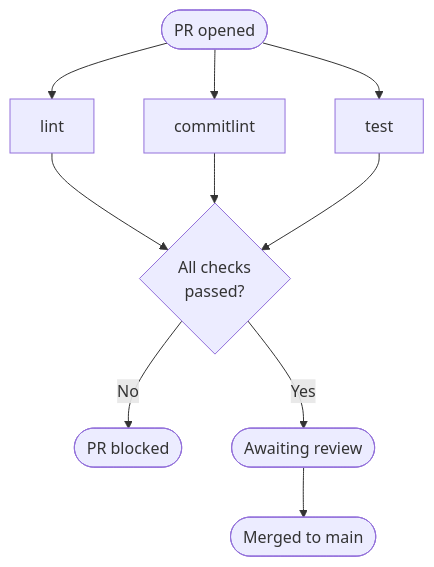
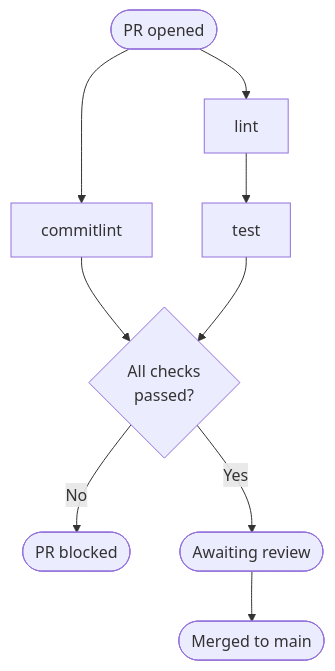
Before and after one commit to vsindevops/30-days-devops: the sixth of 6 diagrams in _posts/2026-05-14-day-01-git-branching-strategies.md, drawn with Mermaid. The commit also changed other lines of this file and 1 other file, not shown here.

````diff
--- a/_posts/2026-05-14-day-01-git-branching-strategies.md
+++ b/_posts/2026-05-14-day-01-git-branching-strategies.md
@@ -623,12 +674,11 @@
 ```mermaid
 flowchart TD
     A([PR opened]) --> B[lint]
     A --> C[commitlint]
-    A --> D[test]
-    B --> E{All checks\npassed?}
-    C --> E
+    B --> D[test]
+    C --> E{All checks\npassed?}
     D --> E
     E -->|No| F([PR blocked])
     E -->|Yes| G([Awaiting review])
     G --> H([Merged to main])
 ```
````
